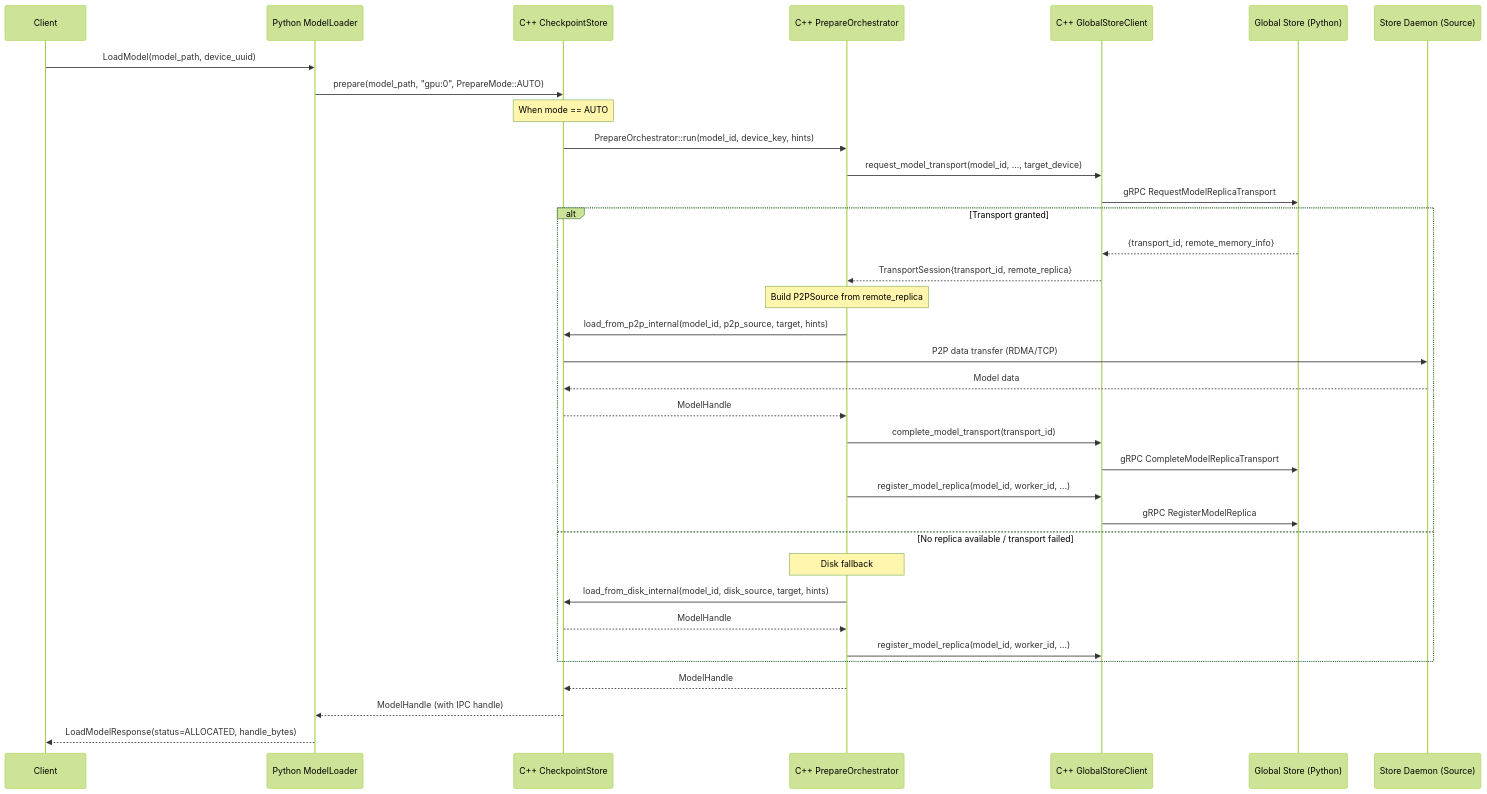
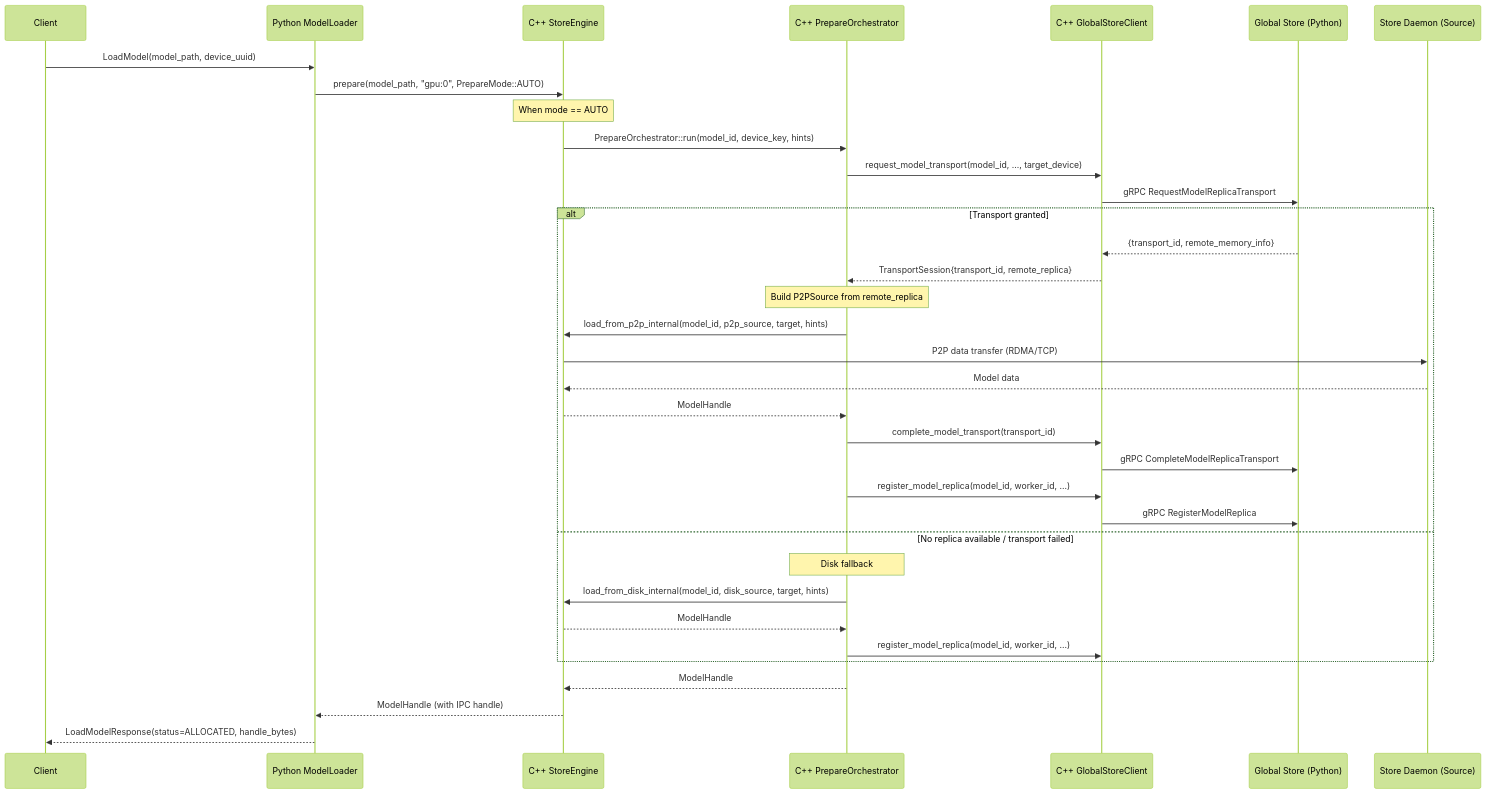
One commit to tensorcast-ai/tensorcast changed the second of 2 diagrams in web-docs/docs/developer-guides/architecture/p2p-transfer-strategies.md. Above: the diagram before and after it, drawn with Mermaid (forest theme). The commit also changed other lines of this file and 54 other files, not shown here.

Commit message:
refactor: rename CheckpointStore to StoreEngine

````diff
--- a/web-docs/docs/developer-guides/architecture/p2p-transfer-strategies.md
+++ b/web-docs/docs/developer-guides/architecture/p2p-transfer-strategies.md
@@ -188,49 +188,49 @@
 ```mermaid
 sequenceDiagram
     participant Client
     participant Python as Python ModelLoader
-    participant CS as C++ CheckpointStore
+    participant CS as C++ StoreEngine
     participant PO as C++ PrepareOrchestrator
     participant GSC as C++ GlobalStoreClient
     participant GS as Global Store (Python)
     participant SD_Source as Store Daemon (Source)
 
     Client->>Python: LoadModel(model_path, device_uuid)
     Python->>CS: prepare(model_path, "gpu:0", PrepareMode::AUTO)
 
     Note over CS: When mode == AUTO
     CS->>PO: PrepareOrchestrator::run(model_id, device_key, hints)
 
     %% --- P2P transfer attempt ------------------------------------------------
     PO->>GSC: request_model_transport(model_id, ..., target_device)
     GSC->>GS: gRPC RequestModelReplicaTransport
 
     alt Transport granted
         GS-->>GSC: {transport_id, remote_memory_info}
         GSC-->>PO: TransportSession{transport_id, remote_replica}
 
         Note over PO: Build P2PSource from remote_replica
         PO->>CS: load_from_p2p_internal(model_id, p2p_source, target, hints)
 
         CS->>SD_Source: P2P data transfer (RDMA/TCP)
         SD_Source-->>CS: Model data
 
         CS-->>PO: ModelHandle
 
         PO->>GSC: complete_model_transport(transport_id)
         GSC->>GS: gRPC CompleteModelReplicaTransport
 
         PO->>GSC: register_model_replica(model_id, worker_id, ...)
         GSC->>GS: gRPC RegisterModelReplica
     else No replica available / transport failed
         Note over PO: Disk fallback
         PO->>CS: load_from_disk_internal(model_id, disk_source, target, hints)
         CS-->>PO: ModelHandle
 
         PO->>GSC: register_model_replica(model_id, worker_id, ...)
     end
 
     PO-->>CS: ModelHandle
     CS-->>Python: ModelHandle (with IPC handle)
     Python-->>Client: LoadModelResponse(status=ALLOCATED, handle_bytes)
 ```
````
